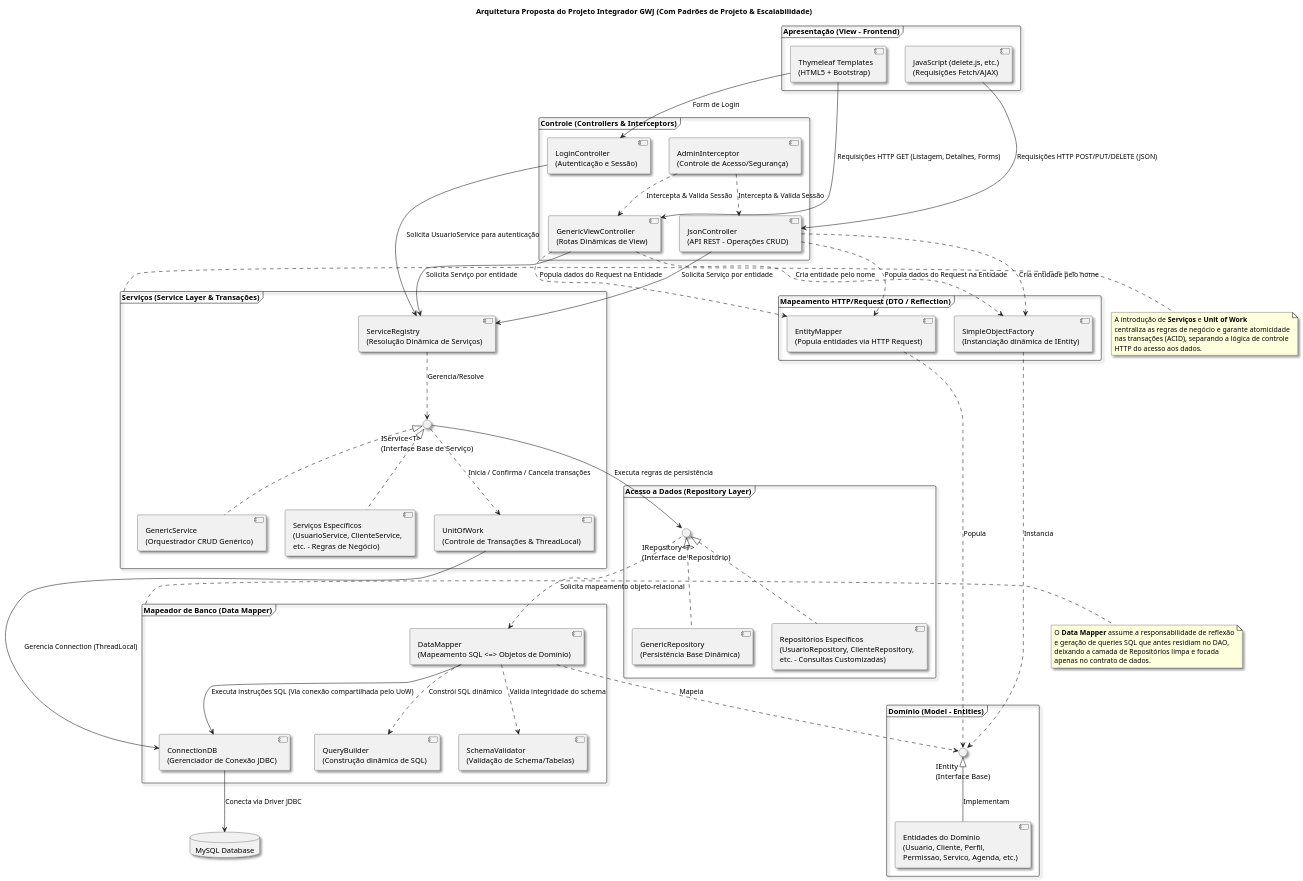
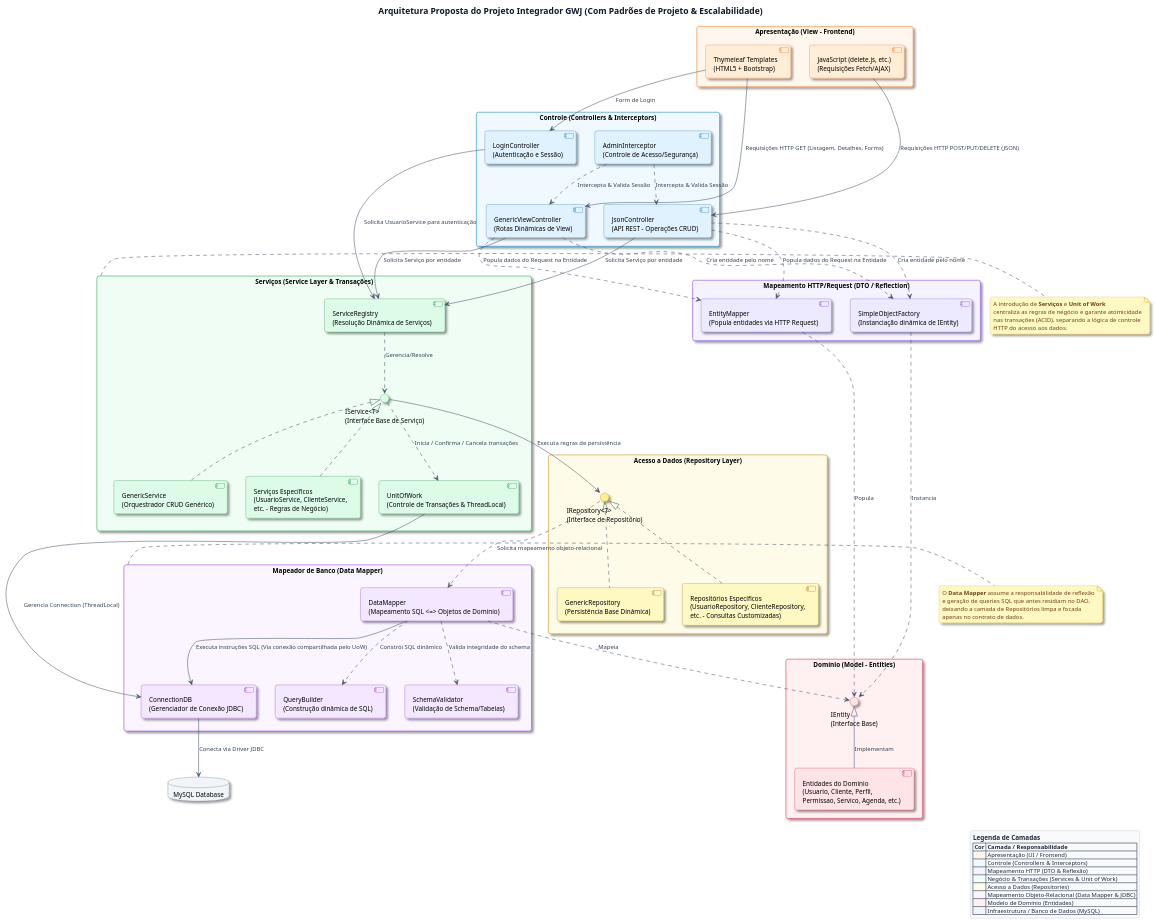
One commit to Gabriel-Calidonio/GJW_Projetcs changed the diagram in docs/architecture/architecture_diagram.puml. Above: the diagram before and after it, drawn with PlantUML. The commit also changed 4 other files, not shown here.

Commit message:
Edição do diagrama de arquitetura.

```diff
--- a/docs/architecture/architecture_diagram.puml
+++ b/docs/architecture/architecture_diagram.puml
@@ -1,124 +1,167 @@
 @startuml Diagrama de Arquitetura - GWJ Dinâmico (Proposta)
 
-' --- Configurações Visuais ---
-skinparam backgroundColor White
-skinparam theme cerulean
-skinparam Handwritten false
-skinparam Monochrome false
-skinparam Shadowing true
-skinparam packageStyle Frame
+' --- Configurações Visuais Gerais ---
+skinparam backgroundColor #FFFFFF
+skinparam roundcorner 8
+skinparam packageStyle rectangle
 skinparam ComponentStyle uml2
+skinparam shadowing true
+skinparam defaultFontName "Helvetica"
+skinparam defaultFontSize 12
 
 title Arquitetura Proposta do Projeto Integrador GWJ (Com Padrões de Projeto & Escalabilidade)
 
-' --- Camadas ---
+skinparam titleFontColor #0F172A
+skinparam titleFontSize 16
+skinparam titleFontStyle bold
 
-package "Apresentação (View - Frontend)" as ViewLayer {
-    component "Thymeleaf Templates\n(HTML5 + Bootstrap)" as Templates
-    component "JavaScript (delete.js, etc.)\n(Requisições Fetch/AJAX)" as JS
+skinparam package {
+    FontColor #0F172A
+    FontStyle bold
+    FontSize 13
 }
 
-package "Controle (Controllers & Interceptors)" as ControllerLayer {
-    component "GenericViewController\n(Rotas Dinâmicas de View)" as GenericView
-    component "JsonController\n(API REST - Operações CRUD)" as JsonCtrl
-    component "LoginController\n(Autenticação e Sessão)" as LoginCtrl
-    component "AdminInterceptor\n(Controle de Acesso/Segurança)" as Interceptor
+skinparam arrow {
+    Color #475569
+    FontColor #334155
+    FontSize 11
 }
 
-package "Mapeamento HTTP/Request (DTO / Reflection)" as UtilLayer {
-    component "EntityMapper\n(Popula entidades via HTTP Request)" as HTTPMapper
-    component "SimpleObjectFactory\n(Instanciação dinâmica de IEntity)" as Factory
+skinparam note {
+    BackgroundColor #FEF9C3
+    BorderColor #EAB308
+    FontColor #713F12
+    FontSize 11
 }
 
-package "Serviços (Service Layer & Transações)" as ServiceLayer {
-    interface "IService<T>\n(Interface Base de Serviço)" as IService
-    component "GenericService\n(Orquestrador CRUD Genérico)" as GenService
-    component "Serviços Específicos\n(UsuarioService, ClienteService,\netc. - Regras de Negócio)" as SpecServices
-    component "ServiceRegistry\n(Resolução Dinâmica de Serviços)" as ServiceRegistry
-    component "UnitOfWork\n(Controle de Transações & ThreadLocal)" as UoW
+skinparam legend {
+    BackgroundColor #F8FAFC
+    BorderColor #CBD5E1
+    FontColor #1E293B
+    FontSize 11
 }
 
-package "Acesso a Dados (Repository Layer)" as RepositoryLayer {
-    interface "IRepository<T>\n(Interface de Repositório)" as IRepo
-    component "GenericRepository\n(Persistência Base Dinâmica)" as GenRepo
-    component "Repositórios Específicos\n(UsuarioRepository, ClienteRepository,\netc. - Consultas Customizadas)" as SpecRepos
+' --- Camadas com Cores Semânticas Modernas ---
+
+package "Apresentação (View - Frontend)" as ViewLayer #FFF7ED;line:F97316 {
+    component "Thymeleaf Templates\n(HTML5 + Bootstrap)" as Templates #FFEDD5;line:EA580C
+    component "JavaScript (delete.js, etc.)\n(Requisições Fetch/AJAX)" as JS #FFEDD5;line:EA580C
 }
 
-package "Mapeador de Banco (Data Mapper)" as MapperLayer {
-    component "DataMapper\n(Mapeamento SQL <=> Objetos de Domínio)" as DataMapper
-    component "QueryBuilder\n(Construção dinâmica de SQL)" as QueryBuilder
-    component "SchemaValidator\n(Validação de Schema/Tabelas)" as Validator
-    component "ConnectionDB\n(Gerenciador de Conexão JDBC)" as DBConn
+package "Controle (Controllers & Interceptors)" as ControllerLayer #F0F9FF;line:0284C7 {
+    component "GenericViewController\n(Rotas Dinâmicas de View)" as GenericView #E0F2FE;line:0369A1
+    component "JsonController\n(API REST - Operações CRUD)" as JsonCtrl #E0F2FE;line:0369A1
+    component "LoginController\n(Autenticação e Sessão)" as LoginCtrl #E0F2FE;line:0369A1
+    component "AdminInterceptor\n(Controle de Acesso/Segurança)" as Interceptor #E0F2FE;line:0369A1
 }
 
-package "Domínio (Model - Entities)" as ModelLayer {
-    interface "IEntity\n(Interface Base)" as IEntity
-    component "Entidades do Domínio\n(Usuario, Cliente, Perfil,\nPermissao, Servico, Agenda, etc.)" as Entities
+package "Mapeamento HTTP/Request (DTO / Reflection)" as UtilLayer #F5F3FF;line:7C3AED {
+    component "EntityMapper\n(Popula entidades via HTTP Request)" as HTTPMapper #EDE9FE;line:6D28D9
+    component "SimpleObjectFactory\n(Instanciação dinâmica de IEntity)" as Factory #EDE9FE;line:6D28D9
 }
 
-database "MySQL Database" as DB
+package "Serviços (Service Layer & Transações)" as ServiceLayer #F0FDF4;line:16A34A {
+    interface "IService<T>\n(Interface Base de Serviço)" as IService #DCFCE7;line:15803D
+    component "GenericService\n(Orquestrador CRUD Genérico)" as GenService #DCFCE7;line:15803D
+    component "Serviços Específicos\n(UsuarioService, ClienteService,\netc. - Regras de Negócio)" as SpecServices #DCFCE7;line:15803D
+    component "ServiceRegistry\n(Resolução Dinâmica de Serviços)" as ServiceRegistry #DCFCE7;line:15803D
+    component "UnitOfWork\n(Controle de Transações & ThreadLocal)" as UoW #DCFCE7;line:15803D
+}
+
+package "Acesso a Dados (Repository Layer)" as RepositoryLayer #FEFCE8;line:CA8A04 {
+    interface "IRepository<T>\n(Interface de Repositório)" as IRepo #FEF08A;line:A16207
+    component "GenericRepository\n(Persistência Base Dinâmica)" as GenRepo #FEF9C3;line:A16207
+    component "Repositórios Específicos\n(UsuarioRepository, ClienteRepository,\netc. - Consultas Customizadas)" as SpecRepos #FEF9C3;line:A16207
+}
+
+package "Mapeador de Banco (Data Mapper)" as MapperLayer #FAF5FF;line:9333EA {
+    component "DataMapper\n(Mapeamento SQL <=> Objetos de Domínio)" as DataMapper #F3E8FF;line:7E22CE
+    component "QueryBuilder\n(Construção dinâmica de SQL)" as QueryBuilder #F3E8FF;line:7E22CE
+    component "SchemaValidator\n(Validação de Schema/Tabelas)" as Validator #F3E8FF;line:7E22CE
+    component "ConnectionDB\n(Gerenciador de Conexão JDBC)" as DBConn #F3E8FF;line:7E22CE
+}
+
+package "Domínio (Model - Entities)" as ModelLayer #FFF1F2;line:E11D48 {
+    interface "IEntity\n(Interface Base)" as IEntity #FFE4E6;line:BE123C
+    component "Entidades do Domínio\n(Usuario, Cliente, Perfil,\nPermissao, Servico, Agenda, etc.)" as Entities #FFE4E6;line:BE123C
+}
+
+database "MySQL Database" as DB #F1F5F9;line:475569
 
 ' --- Relacionamentos e Fluxo de Dados ---
 
 ' Fluxo da View para Controllers
 Templates --> GenericView : Requisições HTTP GET (Listagem, Detalhes, Forms)
 JS --> JsonCtrl : Requisições HTTP POST/PUT/DELETE (JSON)
 Templates --> LoginCtrl : Form de Login
 
 ' Interceptor monitora requisições
 Interceptor -[dashed]-> GenericView : Intercepta & Valida Sessão
 Interceptor -[dashed]-> JsonCtrl : Intercepta & Valida Sessão
 
 ' Controllers utilizam Mapeamento e Fábrica HTTP
 GenericView ..> Factory : Cria entidade pelo nome
 GenericView ..> HTTPMapper : Popula dados do Request na Entidade
 JsonCtrl ..> Factory : Cria entidade pelo nome
 JsonCtrl ..> HTTPMapper : Popula dados do Request na Entidade
 
 ' NOVO FLUXO: Controllers chamam ServiceRegistry para obter o Serviço correto
 GenericView --> ServiceRegistry : Solicita Serviço por entidade
 JsonCtrl --> ServiceRegistry : Solicita Serviço por entidade
 LoginCtrl --> ServiceRegistry : Solicita UsuarioService para autenticação
 
 ' Resolução dos Serviços
 ServiceRegistry ..> IService : Gerencia/Resolve
 GenService .up.|> IService
 SpecServices .up.|> IService
 
 ' Serviços utilizam Unit of Work para controlar transações
 IService ..> UoW : Inicia / Confirma / Cancela transações
 UoW --> DBConn : Gerencia Connection (ThreadLocal)
 
 ' Serviços acessam a camada de Repositório
 IService --> IRepo : Executa regras de persistência
 GenRepo .up.|> IRepo
 SpecRepos .up.|> IRepo
 
 ' Repositórios utilizam Data Mapper para converter entidades/SQL
 IRepo ..> DataMapper : Solicita mapeamento objeto-relacional
 DataMapper ..> QueryBuilder : Constrói SQL dinâmico
 DataMapper ..> Validator : Valida integridade do schema
 DataMapper --> DBConn : Executa instruções SQL (Via conexão compartilhada pelo UoW)
 DBConn --> DB : Conecta via Driver JDBC
 
 ' Fábricas e Mapeadores trabalham com IEntity e Entidades
 Factory ..> IEntity : Instancia
 HTTPMapper ..> IEntity : Popula
 Entities -up-|> IEntity : Implementam
 DataMapper ..> IEntity : Mapeia
 
 note right of ServiceLayer
   A introdução de **Serviços** e **Unit of Work**
   centraliza as regras de negócio e garante atomicidade
   nas transações (ACID), separando a lógica de controle
   HTTP do acesso aos dados.
 end note
 
 note right of MapperLayer
   O **Data Mapper** assume a responsabilidade de reflexão
   e geração de queries SQL que antes residiam no DAO,
   deixando a camada de Repositórios limpa e focada
   apenas no contrato de dados.
 end note
 
+legend bottom right
+  <size:12><b>Legenda de Camadas</b></size>
+  |= Cor |= Camada / Responsabilidade |
+  |<#FFF7ED>  | Apresentação (UI / Frontend) |
+  |<#F0F9FF>  | Controle (Controllers & Interceptors) |
+  |<#F5F3FF>  | Mapeamento HTTP (DTO & Reflexão) |
+  |<#F0FDF4>  | Negócio & Transações (Services & Unit of Work) |
+  |<#FEFCE8>  | Acesso a Dados (Repositories) |
+  |<#FAF5FF>  | Mapeamento Objeto-Relacional (Data Mapper & JDBC) |
+  |<#FFF1F2>  | Modelo de Domínio (Entidades) |
+  |<#F1F5F9>  | Infraestrutura / Banco de Dados (MySQL) |
+endlegend
+
 @enduml
```
